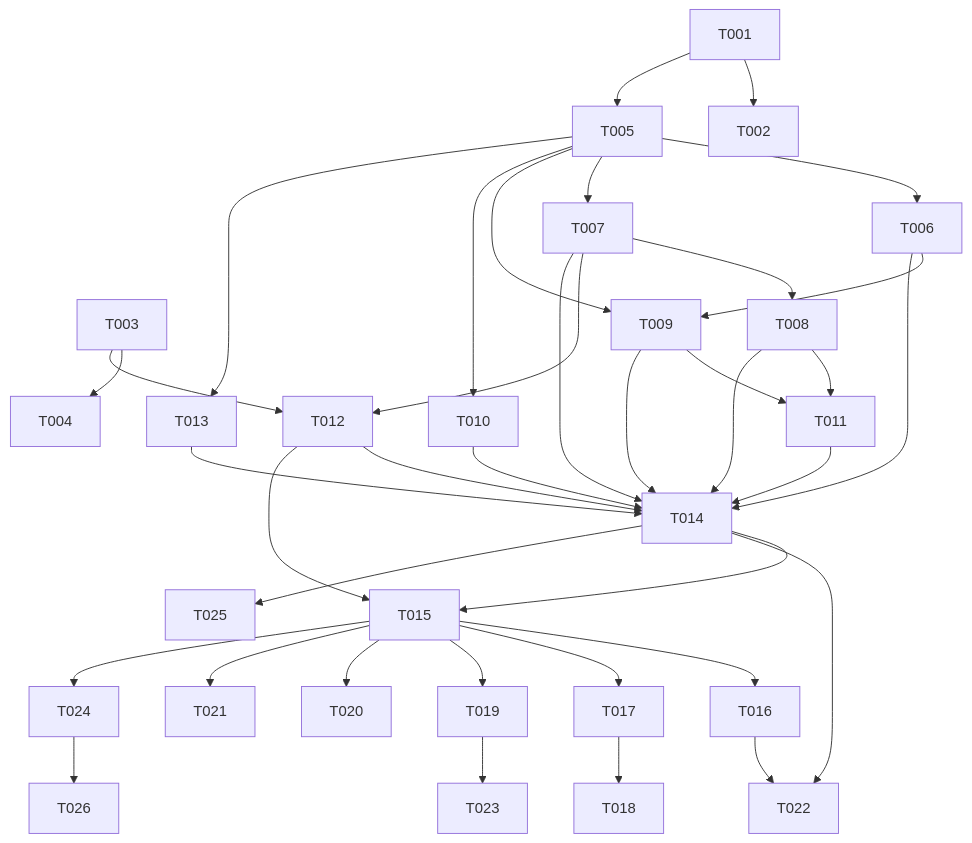
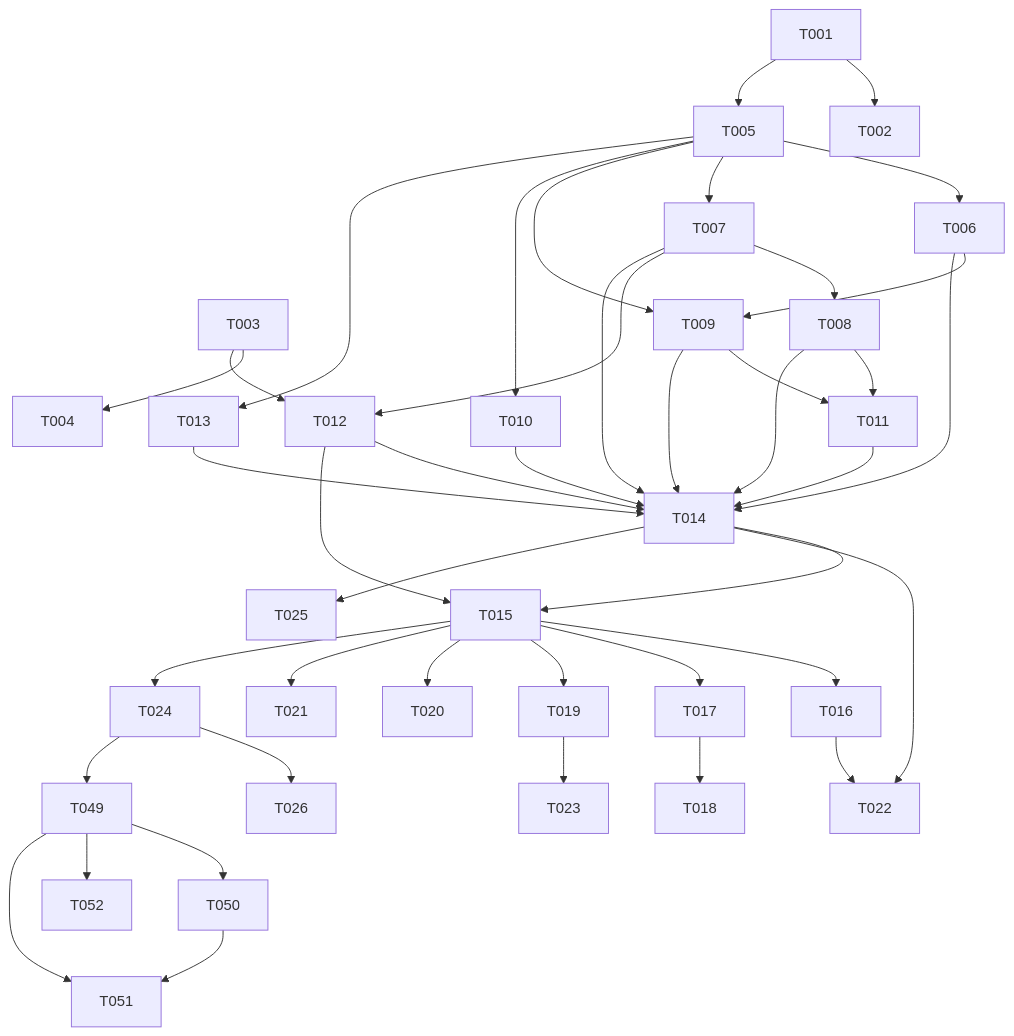
Before and after one commit to fuji18/kanji_gacha: the diagram in docs/ticket/README.md, drawn with Mermaid. The commit also changed other lines of this file and 4 other files, not shown here.

````diff
--- a/docs/ticket/README.md
+++ b/docs/ticket/README.md
@@ -79,22 +84,25 @@
 ```mermaid
 graph TD
   T001 --> T002
   T001 --> T005
   T003 --> T004
   T005 --> T006 & T007 & T009 & T010 & T013
   T007 --> T008
   T008 --> T011
   T006 --> T009
   T009 --> T011
   T003 --> T012
   T007 --> T012
   T006 & T007 & T008 & T009 & T010 & T011 & T012 & T013 --> T014
   T012 & T014 --> T015
   T015 --> T016 & T017 & T019 & T020 & T021
   T017 --> T018
   T014 & T016 --> T022
   T019 --> T023
   T015 --> T024
   T024 --> T026
+  T024 --> T049
+  T049 --> T050 & T052
+  T049 & T050 --> T051
   T014 --> T025
 ```
````
